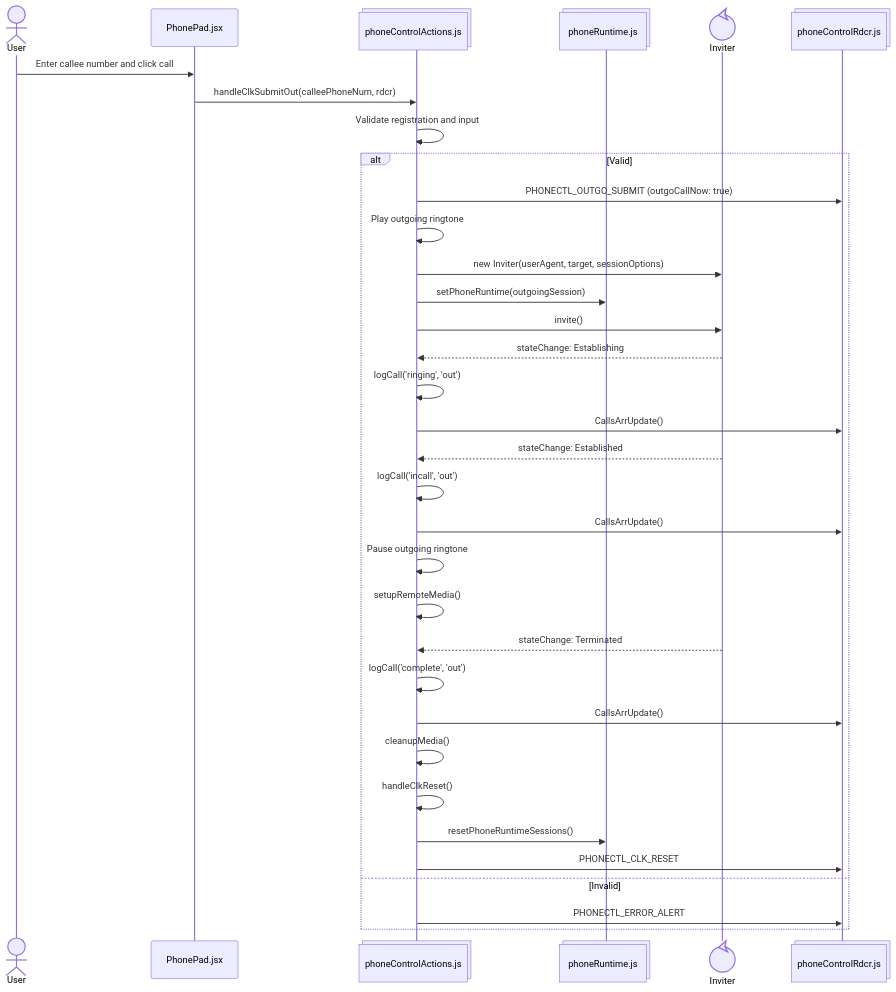
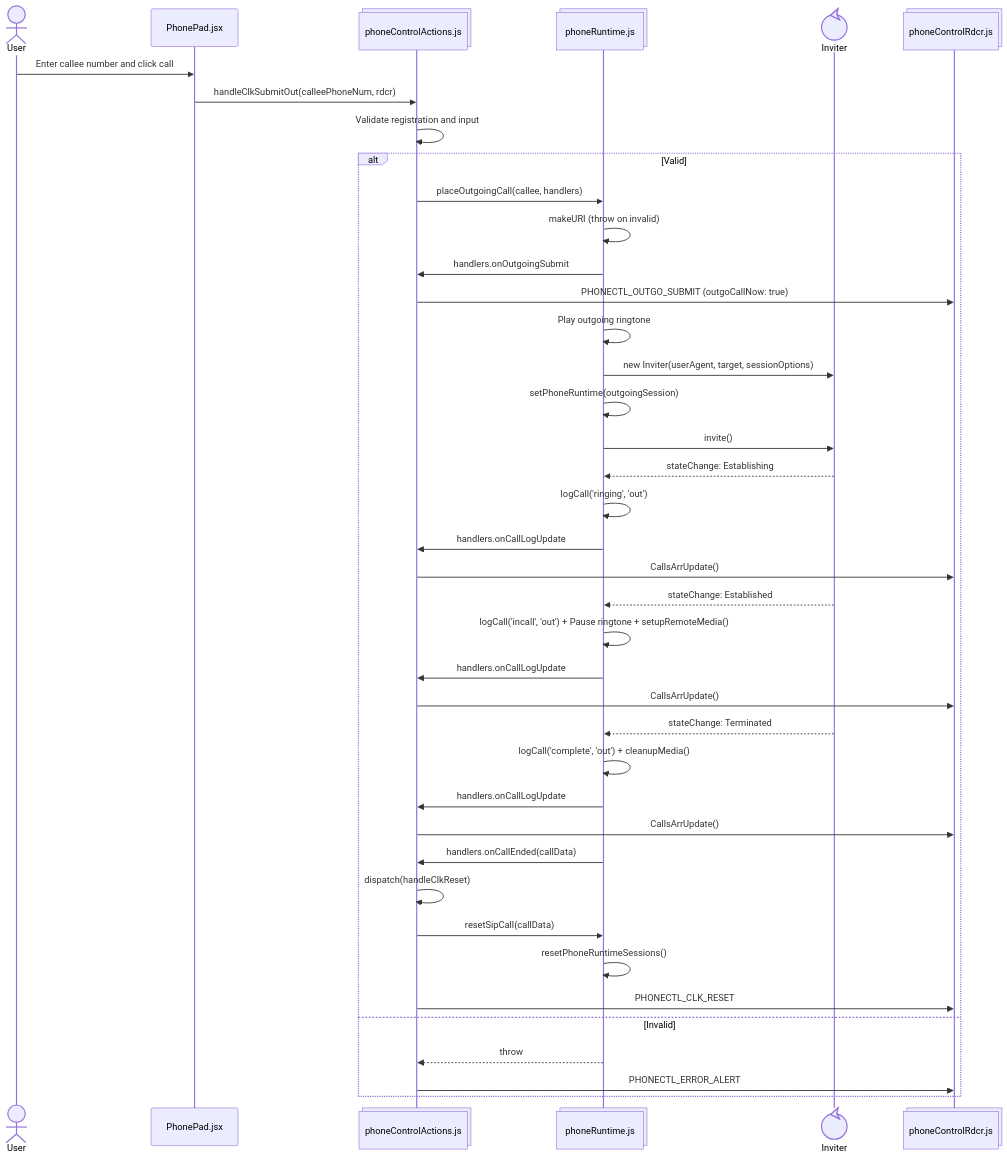
The sixth of 8 diagrams in STATE.md (ars-anosov/sipjs-react), drawn with Mermaid before and after one commit. The commit also changed other lines of this file and 3 other files, not shown here.

````diff
--- a/STATE.md
+++ b/STATE.md
@@ -185,37 +209,43 @@
 ```mermaid
 sequenceDiagram
   actor User
   participant PhonePad@{ "type" : "participant", "alias": "PhonePad.jsx" }
   participant Action@{ "type" : "collections", "alias": "phoneControlActions.js" }
   participant Runtime@{ "type" : "collections", "alias": "phoneRuntime.js" }
   participant Inviter@{ "type" : "control" }
   participant Dispatch@{ "type" : "collections", "alias": "phoneControlRdcr.js" }
 
   User->>PhonePad: Enter callee number and click call
   PhonePad->>Action: handleClkSubmitOut(calleePhoneNum, rdcr)
   Action->>Action: Validate registration and input
   alt Valid
+    Action->>Runtime: placeOutgoingCall(callee, handlers)
+    Runtime->>Runtime: makeURI (throw on invalid)
+    Runtime->>Action: handlers.onOutgoingSubmit
     Action->>Dispatch: PHONECTL_OUTGO_SUBMIT (outgoCallNow: true)
-    Action->>Action: Play outgoing ringtone
-    Action->>Inviter: new Inviter(userAgent, target, sessionOptions)
-    Action->>Runtime: setPhoneRuntime(outgoingSession)
-    Action->>Inviter: invite()
-    Inviter-->>Action: stateChange: Establishing
-    Action->>Action: logCall('ringing', 'out')
+    Runtime->>Runtime: Play outgoing ringtone
+    Runtime->>Inviter: new Inviter(userAgent, target, sessionOptions)
+    Runtime->>Runtime: setPhoneRuntime(outgoingSession)
+    Runtime->>Inviter: invite()
+    Inviter-->>Runtime: stateChange: Establishing
+    Runtime->>Runtime: logCall('ringing', 'out')
+    Runtime->>Action: handlers.onCallLogUpdate
     Action->>Dispatch: CallsArrUpdate()
-    Inviter-->>Action: stateChange: Established
-    Action->>Action: logCall('incall', 'out')
+    Inviter-->>Runtime: stateChange: Established
+    Runtime->>Runtime: logCall('incall', 'out') + Pause ringtone + setupRemoteMedia()
+    Runtime->>Action: handlers.onCallLogUpdate
     Action->>Dispatch: CallsArrUpdate()
-    Action->>Action: Pause outgoing ringtone
-    Action->>Action: setupRemoteMedia()
-    Inviter-->>Action: stateChange: Terminated
-    Action->>Action: logCall('complete', 'out')
+    Inviter-->>Runtime: stateChange: Terminated
+    Runtime->>Runtime: logCall('complete', 'out') + cleanupMedia()
+    Runtime->>Action: handlers.onCallLogUpdate
     Action->>Dispatch: CallsArrUpdate()
-    Action->>Action: cleanupMedia()
-    Action->>Action: handleClkReset()
-    Action->>Runtime: resetPhoneRuntimeSessions()
+    Runtime->>Action: handlers.onCallEnded(callData)
+    Action->>Action: dispatch(handleClkReset)
+    Action->>Runtime: resetSipCall(callData)
+    Runtime->>Runtime: resetPhoneRuntimeSessions()
     Action->>Dispatch: PHONECTL_CLK_RESET
   else Invalid
+    Runtime-->>Action: throw
     Action->>Dispatch: PHONECTL_ERROR_ALERT
   end
 ```
````
